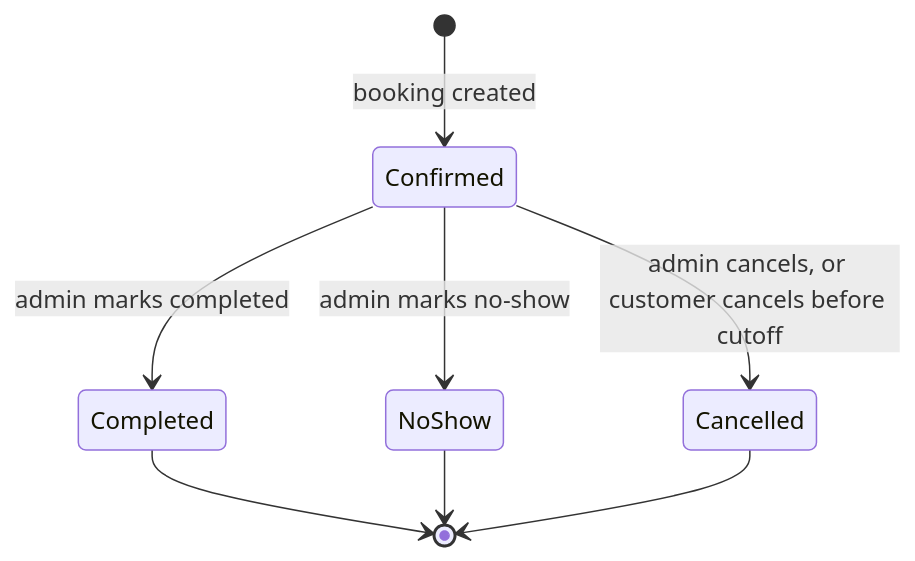
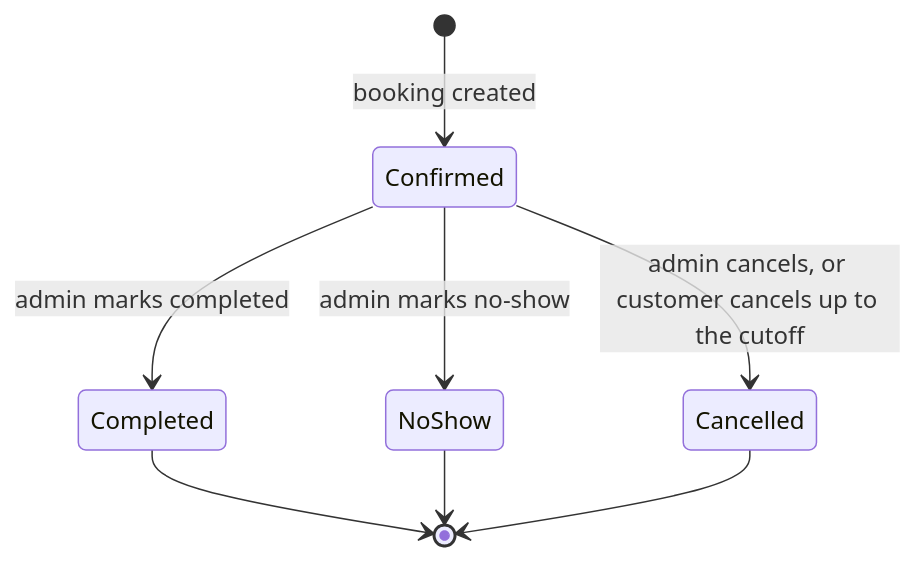
Before and after one commit to N0vocaine/timbra-qa-portfolio: the fourth of 4 diagrams in docs/product/booking-flow.md, drawn with Mermaid. The commit also changed other lines of this file and 21 other files, not shown here.

````diff
--- a/docs/product/booking-flow.md
+++ b/docs/product/booking-flow.md
@@ -92,10 +107,10 @@
 ```mermaid
 stateDiagram-v2
     [*] --> Confirmed: booking created
     Confirmed --> Completed: admin marks completed
     Confirmed --> NoShow: admin marks no-show
-    Confirmed --> Cancelled: admin cancels, or customer cancels before cutoff
+    Confirmed --> Cancelled: admin cancels, or customer cancels up to the cutoff
     Completed --> [*]
     NoShow --> [*]
     Cancelled --> [*]
 ```
````
